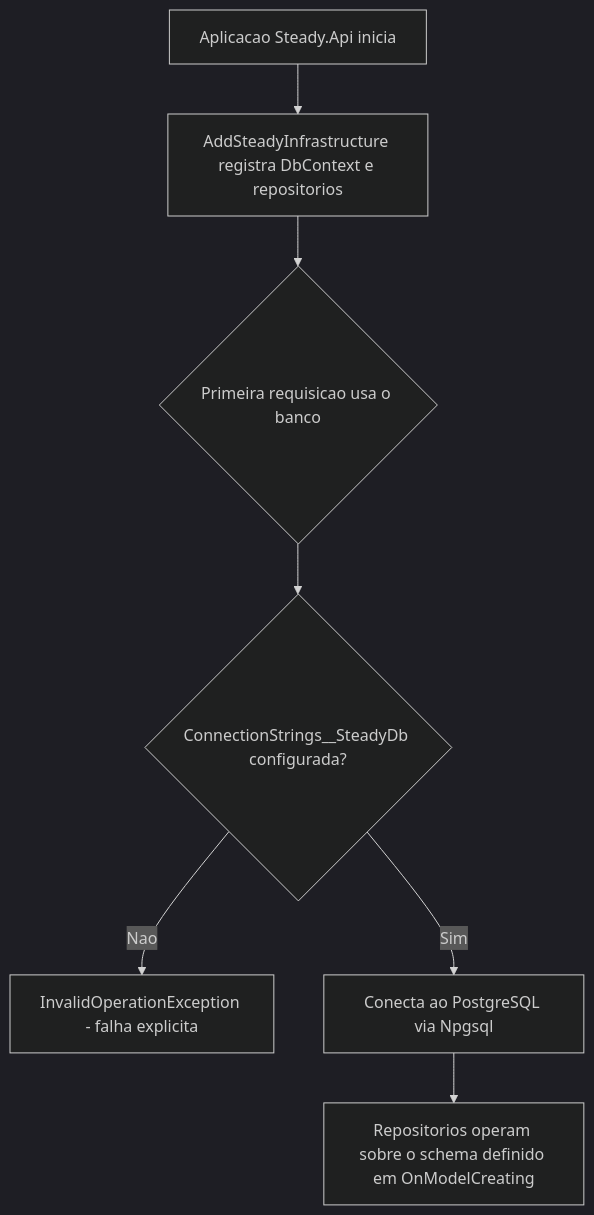
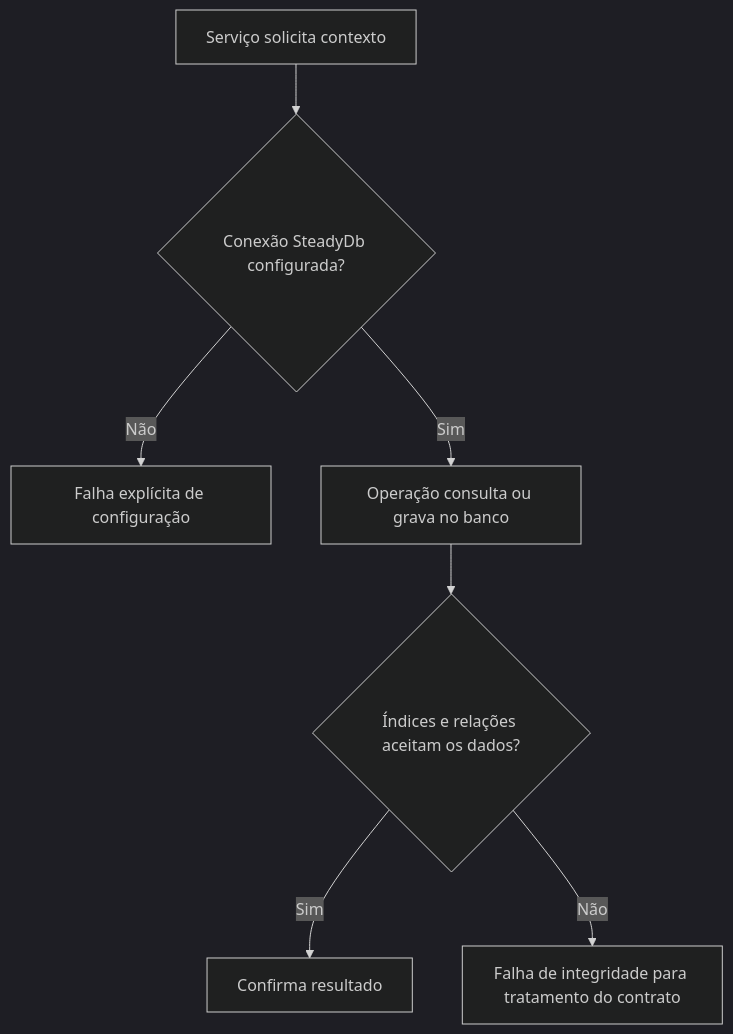
One commit to JoaoFPedro/steady-ia changed the second of 2 diagrams in DocumentAIReadme/Steady.Infrastructure/BusinessRulesDocs/Modelagem-e-Conexao-com-o-Banco-de-Dados-Persistencia-Configuracao-Rules.md. Above: the diagram before and after it, drawn with Mermaid (dark theme). The commit also changed other lines of this file and 318 other files, not shown here.

````diff
--- a/DocumentAIReadme/Steady.Infrastructure/BusinessRulesDocs/Modelagem-e-Conexao-com-o-Banco-de-Dados-Persistencia-Configuracao-Rules.md
+++ b/DocumentAIReadme/Steady.Infrastructure/BusinessRulesDocs/Modelagem-e-Conexao-com-o-Banco-de-Dados-Persistencia-Configuracao-Rules.md
@@ -96,9 +43,9 @@
 ```mermaid
 flowchart TD
-    A[Aplicacao Steady.Api inicia] --> B[AddSteadyInfrastructure registra DbContext e repositorios]
-    B --> C{Primeira requisicao usa o banco}
-    C --> D{ConnectionStrings__SteadyDb configurada?}
-    D -->|Nao| E[InvalidOperationException - falha explicita]
-    D -->|Sim| F[Conecta ao PostgreSQL via Npgsql]
-    F --> G[Repositorios operam sobre o schema definido em OnModelCreating]
+    A[Serviço solicita contexto] --> B{Conexão SteadyDb configurada?}
+    B -->|Não| C[Falha explícita de configuração]
+    B -->|Sim| D[Operação consulta ou grava no banco]
+    D --> E{Índices e relações aceitam os dados?}
+    E -->|Sim| F[Confirma resultado]
+    E -->|Não| G[Falha de integridade para tratamento do contrato]
 ```
````
